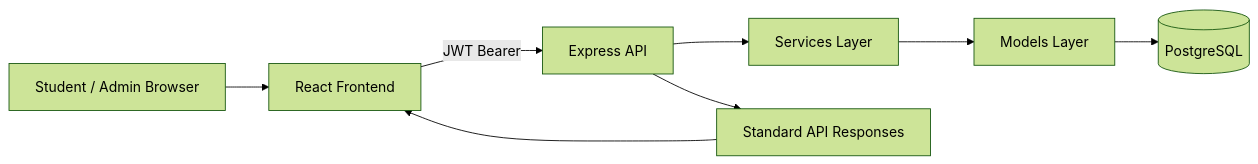
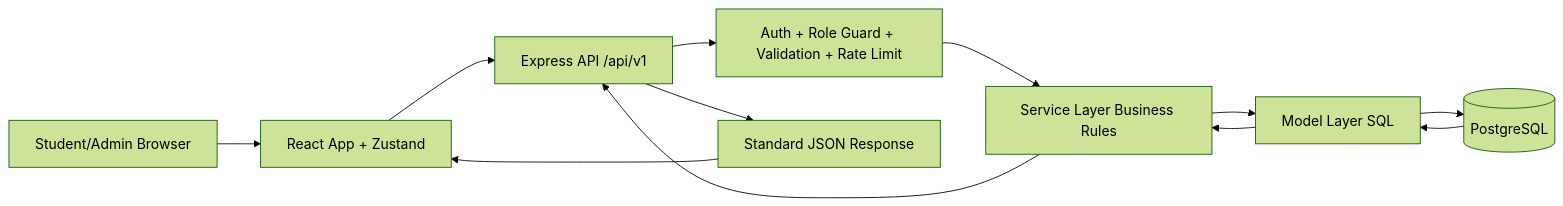
Before and after one commit to VarunPandrangi/groupd: the first of 2 diagrams in README.md, drawn with Mermaid (forest theme). The commit also changed other lines of this file, not shown here.

````diff
--- a/README.md
+++ b/README.md
@@ -43,10 +39,14 @@
 ```mermaid
 flowchart LR
-		U[Student / Admin Browser] --> F[React Frontend]
-		F -->|JWT Bearer| B[Express API]
-		B --> S[Services Layer]
-		S --> M[Models Layer]
-		M --> P[(PostgreSQL)]
-		B --> R[Standard API Responses]
-		R --> F
+    U[Student/Admin Browser] --> UI[React App + Zustand]
+    UI --> API[Express API /api/v1]
+    API --> MW[Auth + Role Guard + Validation + Rate Limit]
+    MW --> SVC[Service Layer Business Rules]
+    SVC --> MODEL[Model Layer SQL]
+    MODEL --> DB[(PostgreSQL)]
+    DB --> MODEL
+    MODEL --> SVC
+    SVC --> API
+    API --> RESP[Standard JSON Response]
+    RESP --> UI
 ```
````
